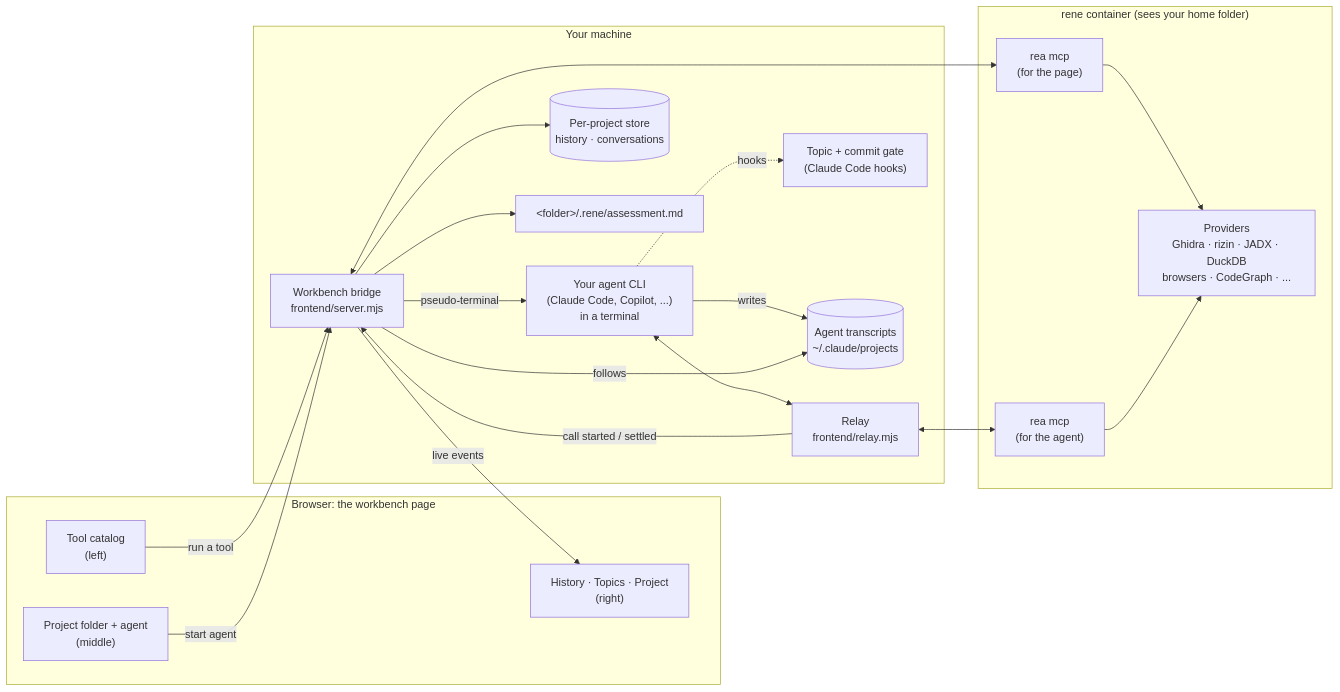
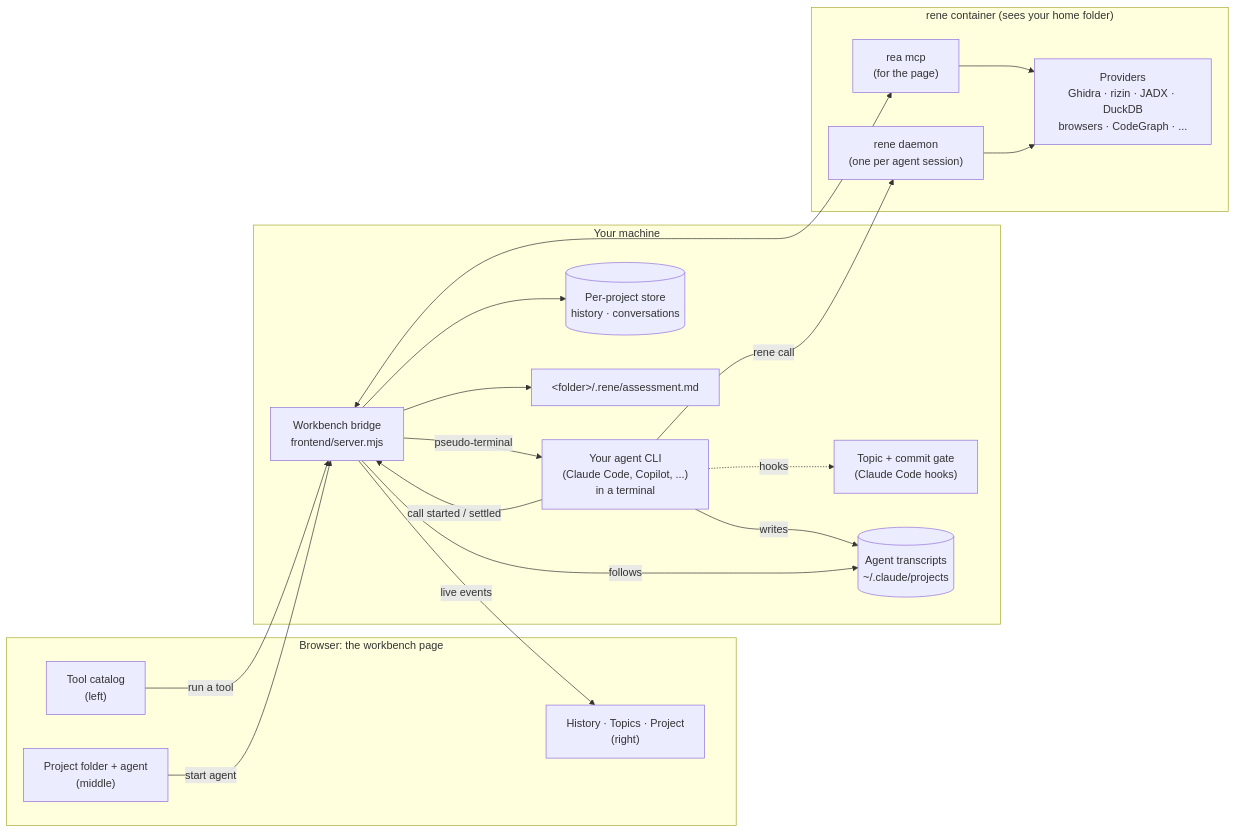
The first of 5 diagrams in README.md (oneofthemany/rene), drawn with Mermaid before and after one commit. The commit also changed other lines of this file and 70 other files, not shown here.

````diff
--- a/README.md
+++ b/README.md
@@ -53,40 +53,38 @@
 ```mermaid
 flowchart LR
   subgraph Browser["Browser: the workbench page"]
     CAT["Tool catalog<br/>(left)"]
     MID["Project folder + agent<br/>(middle)"]
     HIST["History · Topics · Project<br/>(right)"]
   end
 
   subgraph Host["Your machine"]
     BRIDGE["Workbench bridge<br/>frontend/server.mjs"]
     AGENT["Your agent CLI<br/>(Claude Code, Copilot, ...)<br/>in a terminal"]
-    RELAY["Relay<br/>frontend/relay.mjs"]
     GATE["Topic + commit gate<br/>(Claude Code hooks)"]
     STORE[("Per-project store<br/>history · conversations")]
     TRANS[("Agent transcripts<br/>~/.claude/projects")]
     ASSESS["&lt;folder&gt;/.rene/assessment.md"]
   end
 
   subgraph Container["rene container (sees your home folder)"]
     REA1["rea mcp<br/>(for the page)"]
-    REA2["rea mcp<br/>(for the agent)"]
+    REA2["rene daemon<br/>(one per agent session)"]
     PROV["Providers<br/>Ghidra · rizin · JADX · DuckDB<br/>browsers · CodeGraph · ..."]
   end
 
   CAT -- "run a tool" --> BRIDGE
   BRIDGE <--> REA1
   MID -- "start agent" --> BRIDGE
   BRIDGE -- "pseudo-terminal" --> AGENT
-  AGENT <--> RELAY
-  RELAY <--> REA2
-  RELAY -- "call started / settled" --> BRIDGE
+  AGENT -- "rene call" --> REA2
+  AGENT -- "call started / settled" --> BRIDGE
   AGENT -. "hooks" .-> GATE
   AGENT -- "writes" --> TRANS
   BRIDGE -- "follows" --> TRANS
   BRIDGE --> STORE
   BRIDGE --> ASSESS
   REA1 --> PROV
   REA2 --> PROV
   BRIDGE -- "live events" --> HIST
 ```
````
